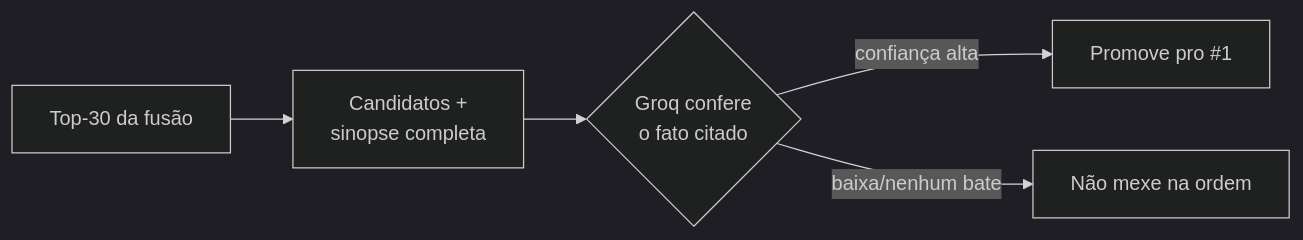
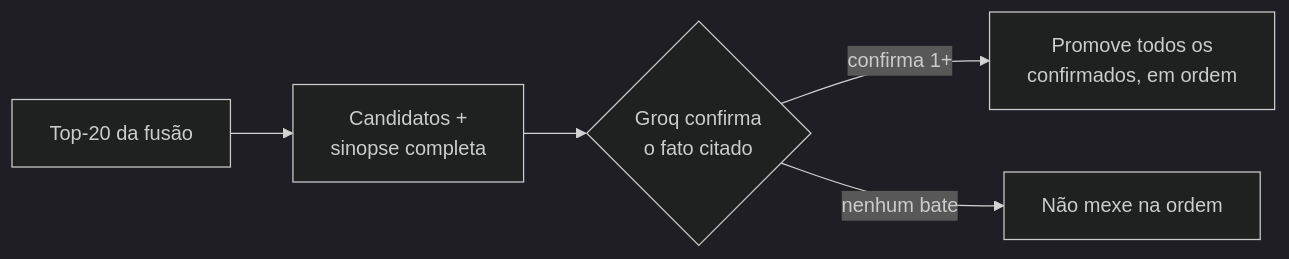
Before and after one commit to davidogral/recomenda-ai: the sixth of 13 diagrams in docs/METODOLOGIA.md, drawn with Mermaid (dark theme). The commit also changed other lines of this file and 7 other files, not shown here.

````diff
--- a/docs/METODOLOGIA.md
+++ b/docs/METODOLOGIA.md
@@ -385,7 +385,7 @@
 ```mermaid
 flowchart LR
-    F[Top-30 da fusão] --> C["Candidatos +<br/>sinopse completa"]
-    C --> G{Groq confere<br/>o fato citado}
-    G -->|confiança alta| P[Promove pro #1]
-    G -->|baixa/nenhum bate| N[Não mexe na ordem]
+    F[Top-20 da fusão] --> C["Candidatos +<br/>sinopse completa"]
+    C --> G{Groq confirma<br/>o fato citado}
+    G -->|confirma 1+| P[Promove todos os<br/>confirmados, em ordem]
+    G -->|nenhum bate| N[Não mexe na ordem]
 ```
````
